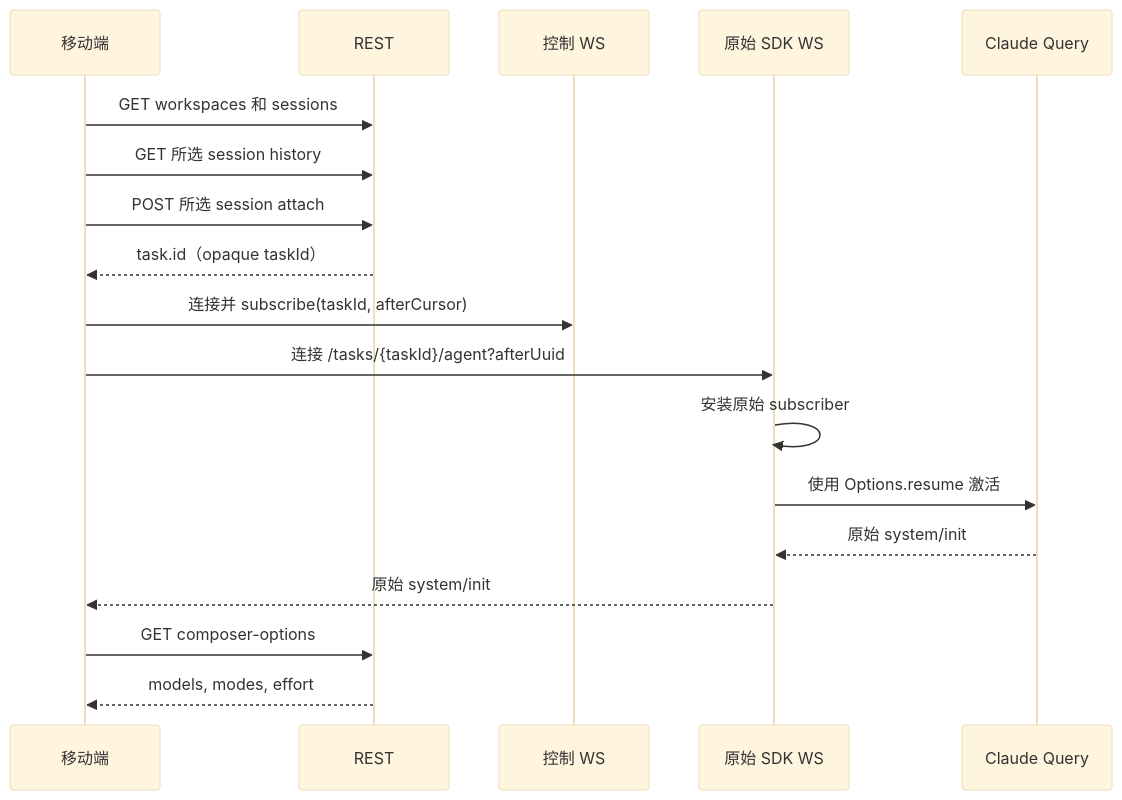
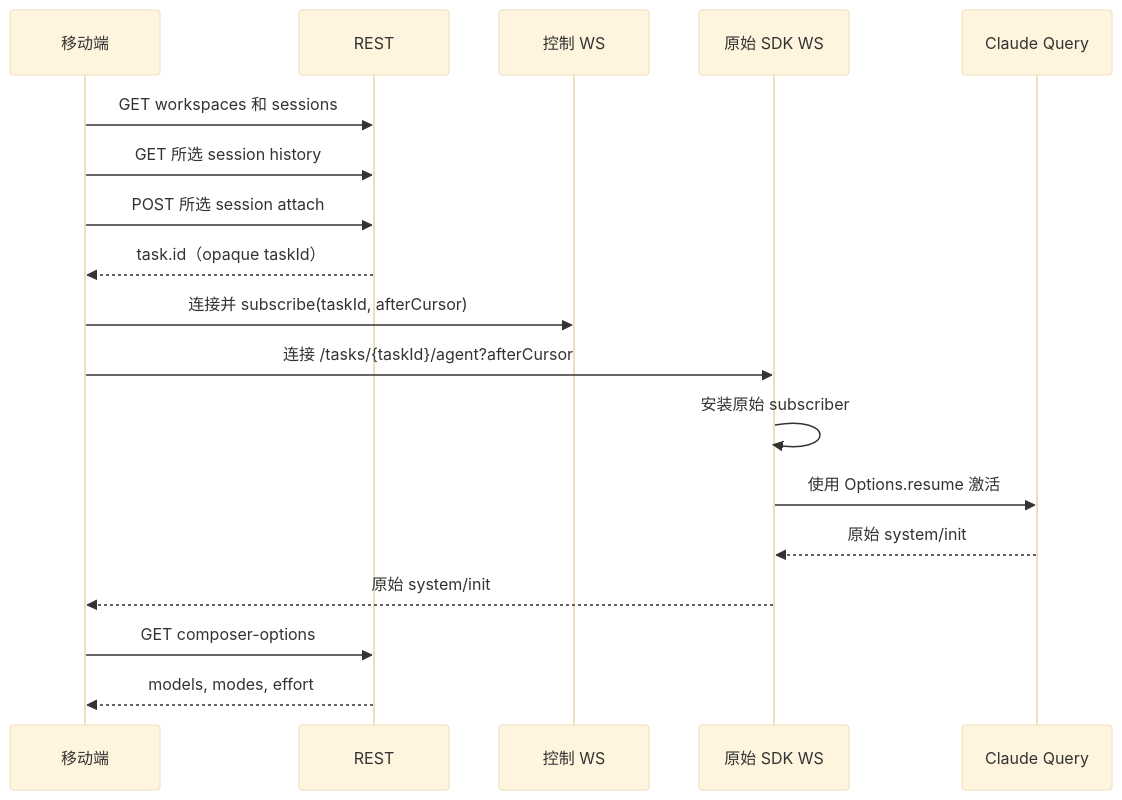
Before and after one commit to loomou/PocketPilot: the third of 10 diagrams in docs/mobile-integration-guide.zh-CN.md, drawn with Mermaid (base theme). The commit also changed other lines of this file and 9 other files, not shown here.

````diff
--- a/docs/mobile-integration-guide.zh-CN.md
+++ b/docs/mobile-integration-guide.zh-CN.md
@@ -894,20 +894,20 @@
 ```mermaid
 sequenceDiagram
     participant M as 移动端
     participant R as REST
     participant C as 控制 WS
     participant S as 原始 SDK WS
     participant Q as Claude Query
     M->>R: GET workspaces 和 sessions
     M->>R: GET 所选 session history
     M->>R: POST 所选 session attach
     R-->>M: task.id（opaque taskId）
     M->>C: 连接并 subscribe(taskId, afterCursor)
-    M->>S: 连接 /tasks/{taskId}/agent?afterUuid
+    M->>S: 连接 /tasks/{taskId}/agent?afterCursor
     S->>S: 安装原始 subscriber
     S->>Q: 使用 Options.resume 激活
     Q-->>S: 原始 system/init
     S-->>M: 原始 system/init
     M->>R: GET composer-options
     R-->>M: models, modes, effort
 ```
````
